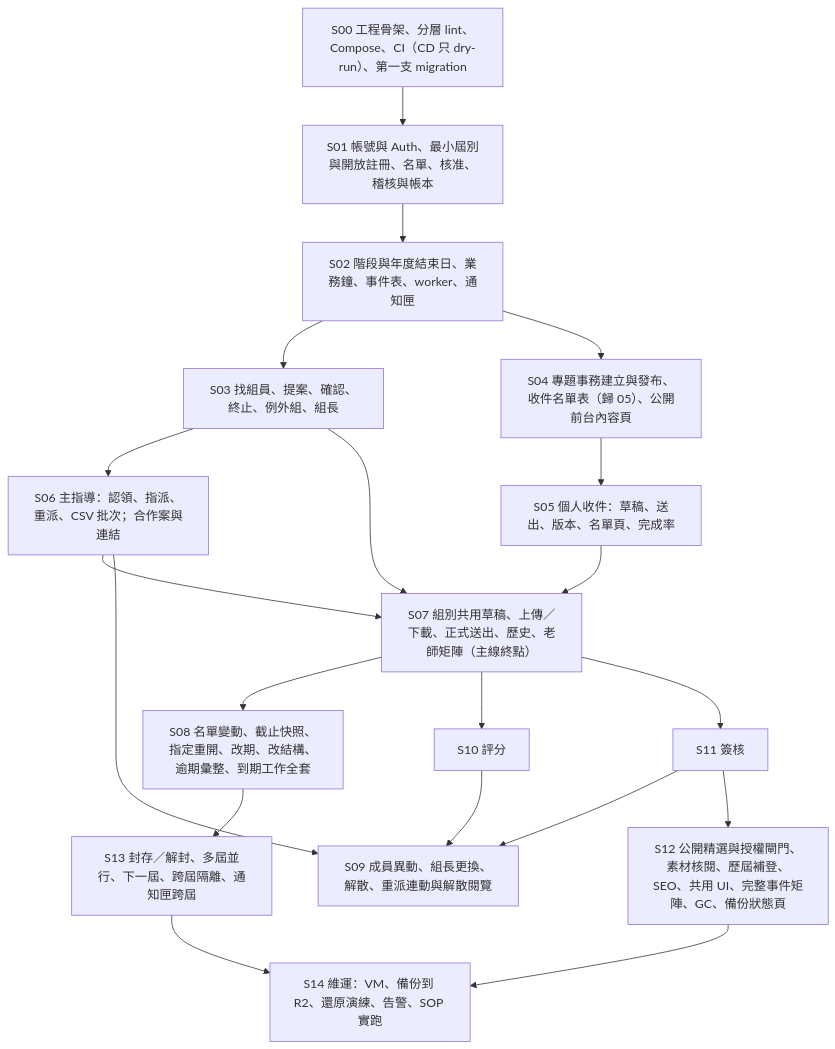
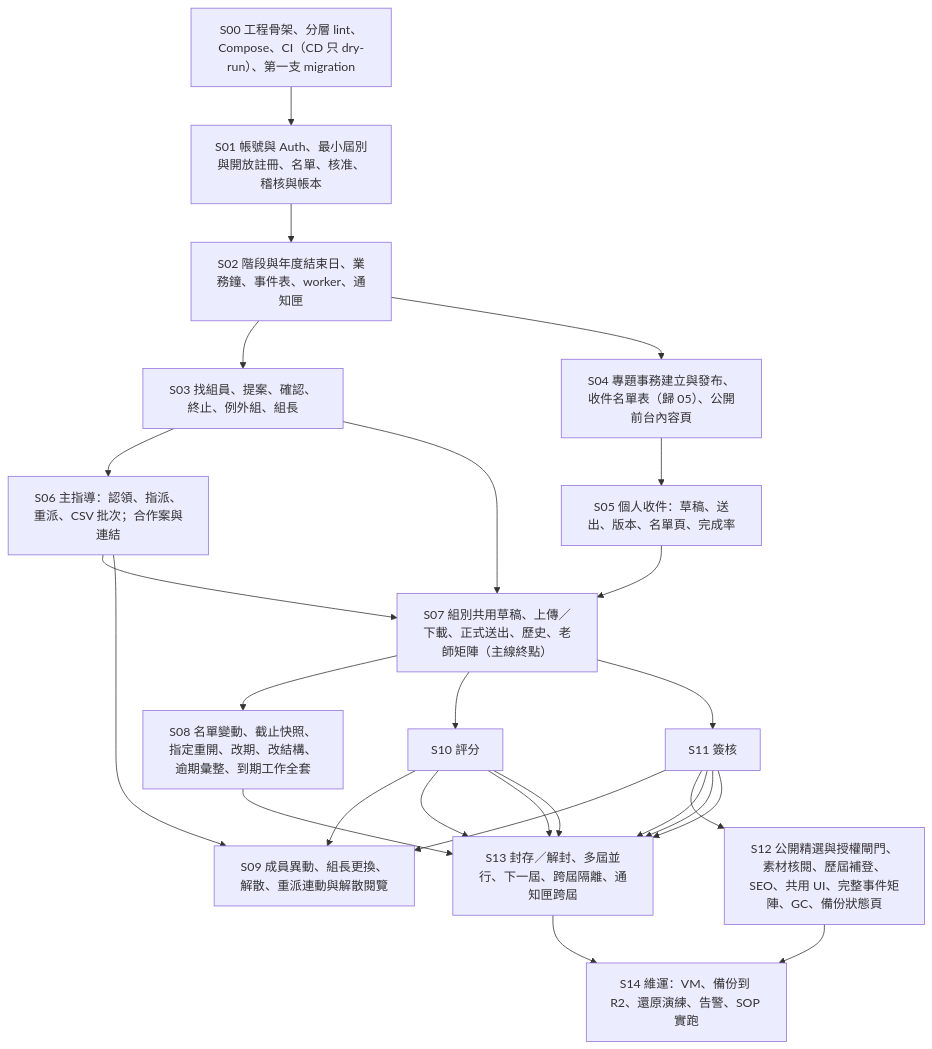
Before and after one commit to roy4222/fju-im-project: the diagram in docs/engineering/slices/00 切片總圖與依賴.md, drawn with Mermaid. The commit also changed other lines of this file and 28 other files, not shown here.

````diff
--- a/docs/engineering/slices/00 切片總圖與依賴.md
+++ b/docs/engineering/slices/00 切片總圖與依賴.md
@@ -13,22 +13,28 @@
 ```mermaid
 flowchart TB
   S00["S00 工程骨架、分層 lint、Compose、CI（CD 只 dry-run）、第一支 migration"] --> S01["S01 帳號與 Auth、最小屆別與開放註冊、名單、核准、稽核與帳本"]
   S01 --> S02["S02 階段與年度結束日、業務鐘、事件表、worker、通知匣"]
   S02 --> S03["S03 找組員、提案、確認、終止、例外組、組長"]
   S02 --> S04["S04 專題事務建立與發布、收件名單表（歸 05）、公開前台內容頁"]
   S04 --> S05["S05 個人收件：草稿、送出、版本、名單頁、完成率"]
   S03 --> S06["S06 主指導：認領、指派、重派、CSV 批次；合作案與連結"]
   S03 --> S07
   S05 --> S07
   S06 --> S07["S07 組別共用草稿、上傳／下載、正式送出、歷史、老師矩陣（主線終點）"]
   S07 --> S08["S08 名單變動、截止快照、指定重開、改期、改結構、逾期彙整、到期工作全套"]
   S07 --> S10["S10 評分"]
   S07 --> S11["S11 簽核"]
   S10 --> S09["S09 成員異動、組長更換、解散、重派連動與解散閱覽"]
   S11 --> S09
   S06 --> S09
   S11 --> S12["S12 公開精選與授權閘門、素材核閱、歷屆補登、SEO、共用 UI、完整事件矩陣、GC、備份狀態頁"]
   S08 --> S13["S13 封存／解封、多屆並行、下一屆、跨屆隔離、通知匣跨屆"]
+  S10 --> S13
+  S11 --> S13
+  S10 --> S13
+  S11 --> S13
+  S10 --> S13
+  S11 --> S13
   S12 --> S14["S14 維運：VM、備份到 R2、還原演練、告警、SOP 實跑"]
   S13 --> S14
 ```
````
